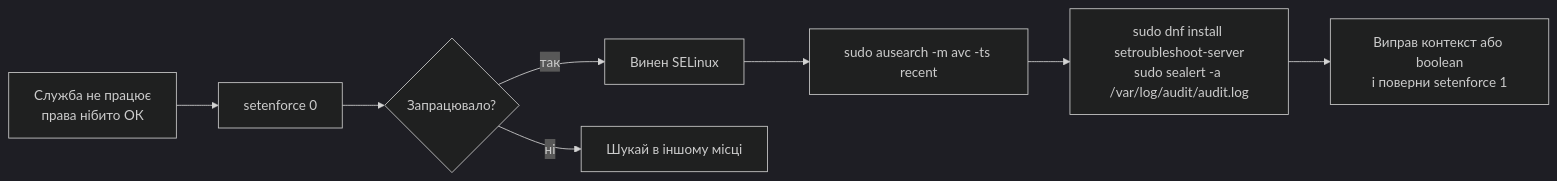
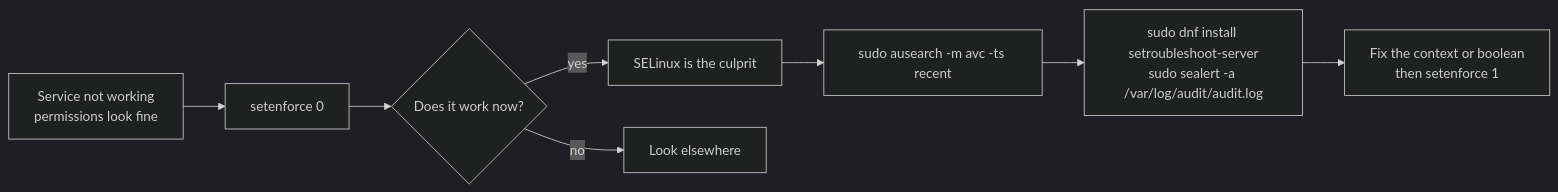
Before and after one commit to andriyevski/python-learning-portfolio: the ninth of 13 diagrams in commands.md, drawn with Mermaid (dark theme). The commit also changed other lines of this file and 3 other files, not shown here.

````diff
--- a/commands.md
+++ b/commands.md
@@ -502,10 +509,10 @@
 ```mermaid
 graph LR
-    A["Служба не працює<br/>права нібито ОК"] --> B["setenforce 0"]
-    B --> C{"Запрацювало?"}
-    C -->|"так"| D["Винен SELinux"]
-    C -->|"ні"| E["Шукай в іншому місці"]
+    A["Service not working<br/>permissions look fine"] --> B["setenforce 0"]
+    B --> C{"Does it work now?"}
+    C -->|"yes"| D["SELinux is the culprit"]
+    C -->|"no"| E["Look elsewhere"]
     D --> F["sudo ausearch -m avc -ts recent"]
     F --> G["sudo dnf install setroubleshoot-server<br/>sudo sealert -a /var/log/audit/audit.log"]
-    G --> H["Виправ контекст або boolean<br/>і поверни setenforce 1"]
+    G --> H["Fix the context or boolean<br/>then setenforce 1"]
 ```
````
